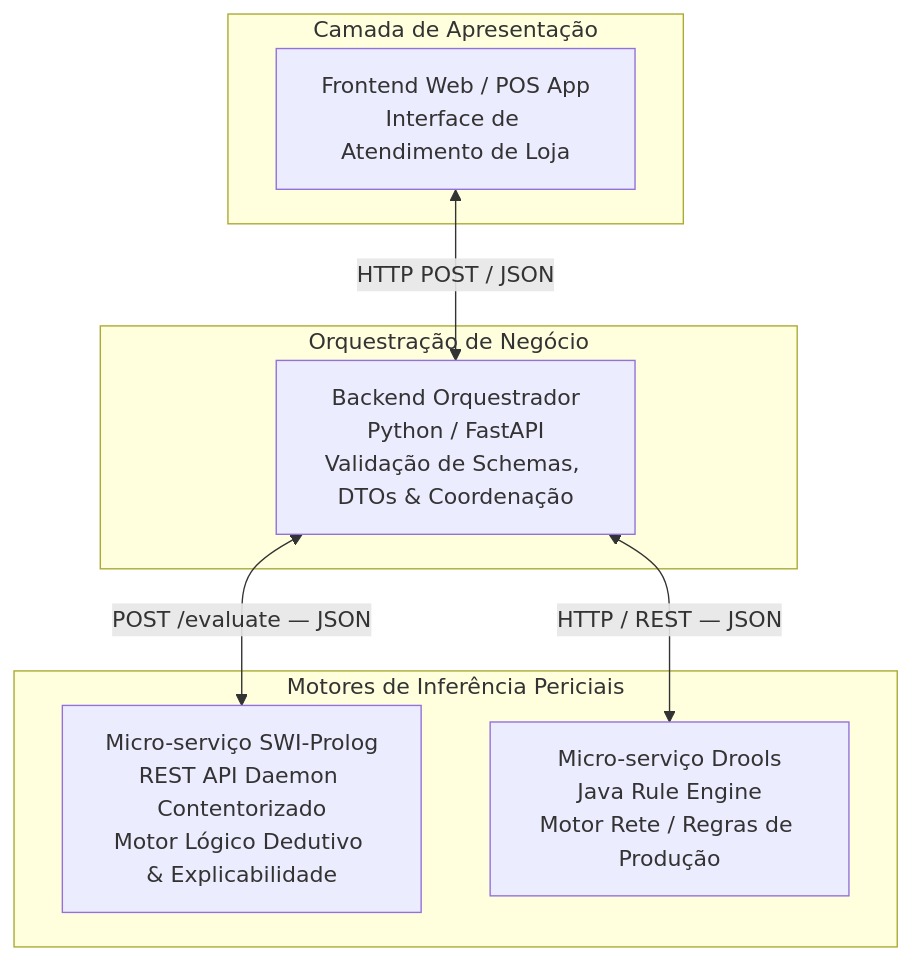
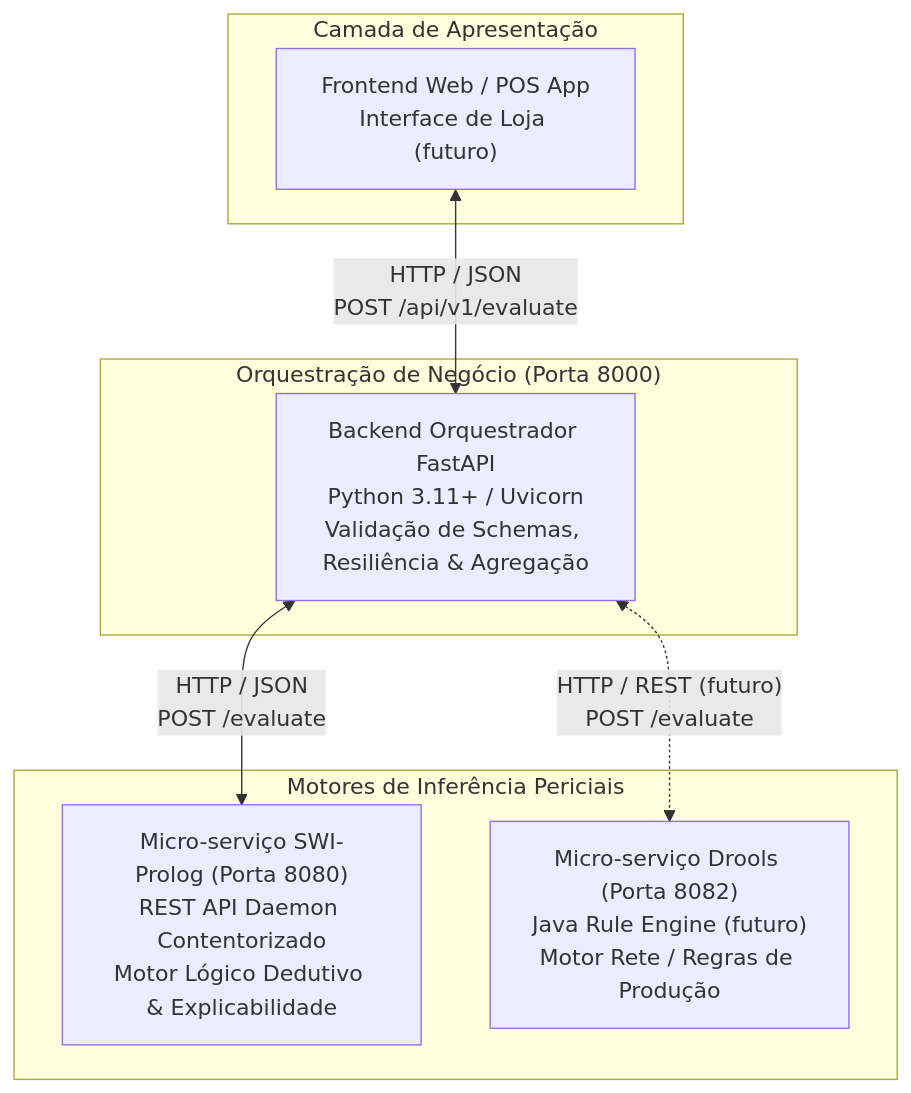
The diagram in README.md (Santiago-1211173/meia-equipa3-challenge1-26_27), drawn with Mermaid before and after one commit. The commit also changed other lines of this file and 32 other files, not shown here.

````diff
--- a/README.md
+++ b/README.md
@@ -37,19 +39,19 @@
 ```mermaid
 flowchart TD
     subgraph UI ["Camada de Apresentação"]
-        Frontend["Frontend Web / POS App\nInterface de Atendimento de Loja"]
+        Frontend["Frontend Web / POS App\nInterface de Loja (futuro)"]
     end
 
-    subgraph Orchestration ["Orquestração de Negócio"]
-        FastAPI["Backend Orquestrador\nPython / FastAPI\nValidação de Schemas, DTOs & Coordenação"]
+    subgraph Orchestration ["Orquestração de Negócio (Porta 8000)"]
+        FastAPI["Backend Orquestrador FastAPI\nPython 3.11+ / Uvicorn\nValidação de Schemas, Resiliência & Agregação"]
     end
 
     subgraph InferenceEngines ["Motores de Inferência Periciais"]
-        Prolog["Micro-serviço SWI-Prolog\nREST API Daemon Contentorizado\nMotor Lógico Dedutivo & Explicabilidade"]
-        Drools["Micro-serviço Drools\nJava Rule Engine\nMotor Rete / Regras de Produção"]
+        Prolog["Micro-serviço SWI-Prolog (Porta 8080)\nREST API Daemon Contentorizado\nMotor Lógico Dedutivo & Explicabilidade"]
+        Drools["Micro-serviço Drools (Porta 8082)\nJava Rule Engine (futuro)\nMotor Rete / Regras de Produção"]
     end
 
-    Frontend <-->|"HTTP POST / JSON"| FastAPI
-    FastAPI <-->|"POST /evaluate — JSON"| Prolog
-    FastAPI <-->|"HTTP / REST — JSON"| Drools
+    Frontend <-->|"HTTP / JSON\nPOST /api/v1/evaluate"| FastAPI
+    FastAPI <-->|"HTTP / JSON\nPOST /evaluate"| Prolog
+    FastAPI <-.->|"HTTP / REST (futuro)\nPOST /evaluate"| Drools
 ```
````
